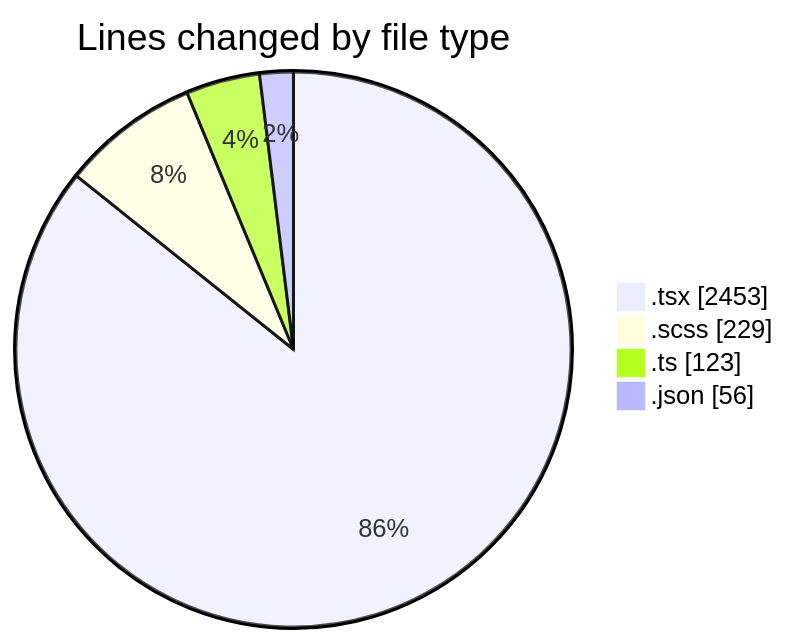
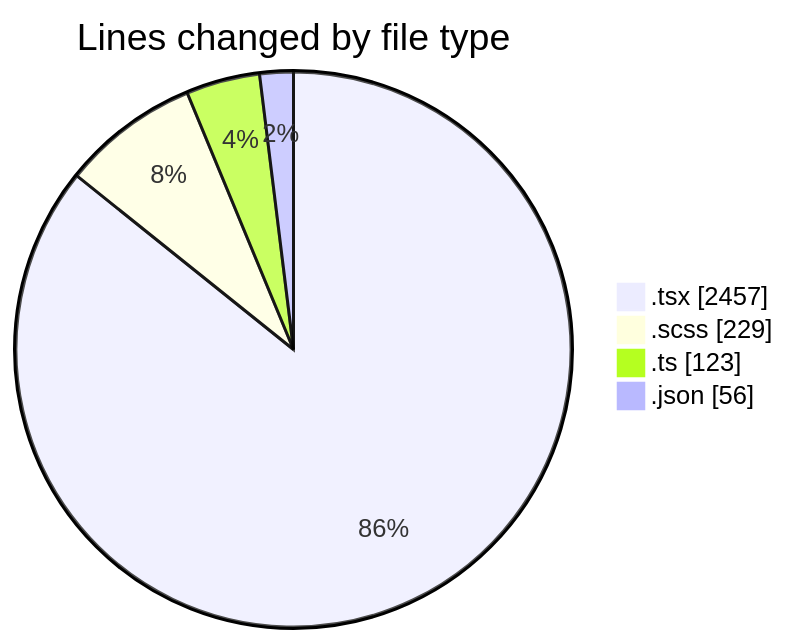
The first of 2 diagrams in 2026-10-30/cda/README.md (momahboobian/code-tracking), drawn with Mermaid before and after one commit. The commit also changed other lines of this file and 1 other file, not shown here.

````diff
--- a/2026-10-30/cda/README.md
+++ b/2026-10-30/cda/README.md
@@ -38,8 +38,8 @@
 ```mermaid
 pie showData
 title Lines changed by file type
-".tsx" : 2453
+".tsx" : 2457
 ".scss" : 229
 ".ts" : 123
 ".json" : 56
 ```
````
